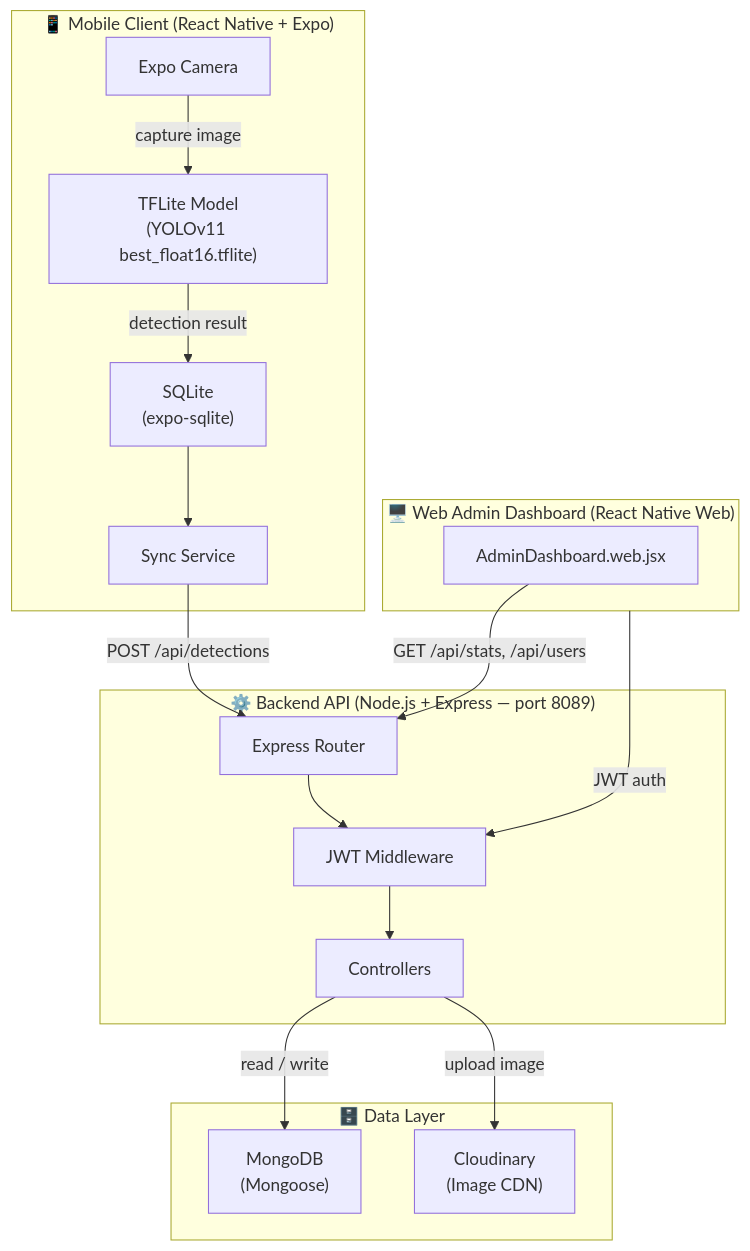
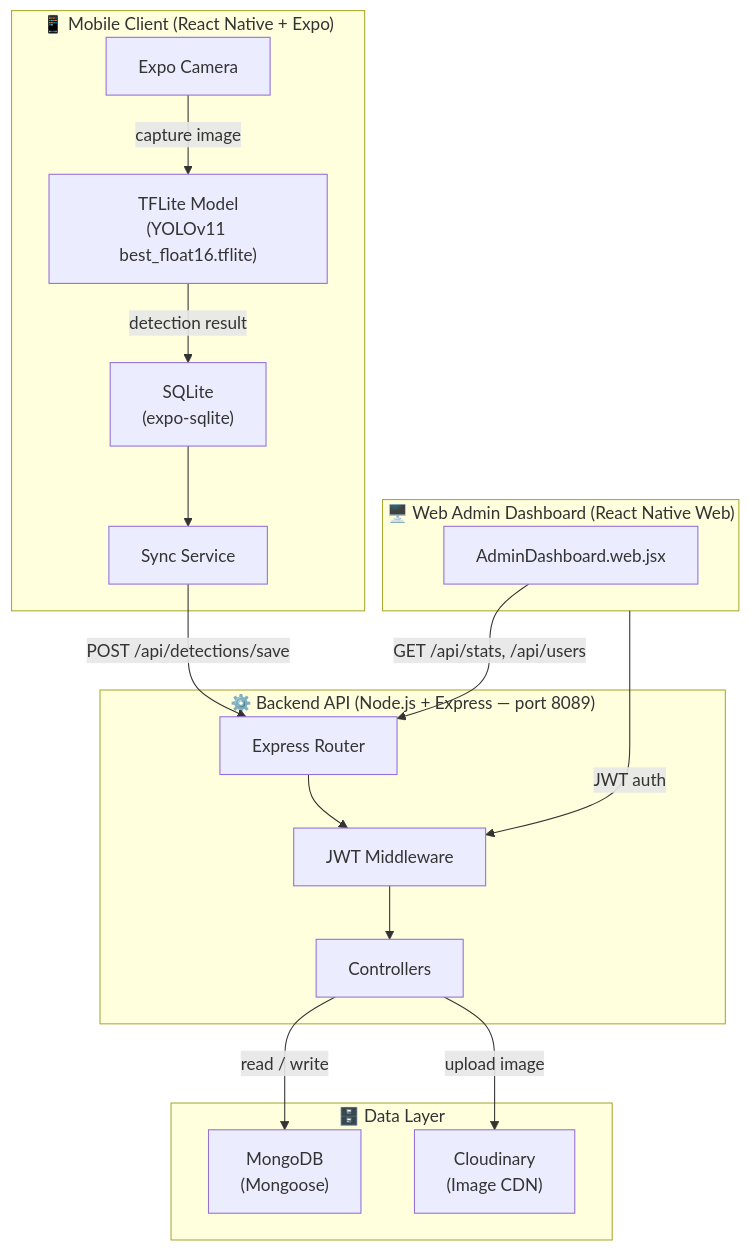
One commit to mintlify-atlas/docs-atlas-748b41a9 changed the diagram in architecture.mdx. Above: the diagram before and after it, drawn with Mermaid. The commit also changed other lines of this file and 25 other files, not shown here.

````diff
--- a/architecture.mdx
+++ b/architecture.mdx
@@ -11,35 +11,35 @@
 ```mermaid
 graph TD
     subgraph Client ["📱 Mobile Client (React Native + Expo)"]
         CAM["Expo Camera"]
         TFL["TFLite Model\n(YOLOv11 best_float16.tflite)"]
         SQ["SQLite\n(expo-sqlite)"]
         SYNC["Sync Service"]
     end
 
     subgraph WebAdmin ["🖥️ Web Admin Dashboard (React Native Web)"]
         ADMIN["AdminDashboard.web.jsx"]
     end
 
     subgraph Backend ["⚙️ Backend API (Node.js + Express — port 8089)"]
         API["Express Router"]
         AUTH["JWT Middleware"]
         CTRL["Controllers"]
         API --> AUTH --> CTRL
     end
 
     subgraph DataLayer ["🗄️ Data Layer"]
         MONGO["MongoDB\n(Mongoose)"]
         CDN["Cloudinary\n(Image CDN)"]
     end
 
     CAM -->|"capture image"| TFL
     TFL -->|"detection result"| SQ
     SQ --> SYNC
-    SYNC -->|"POST /api/detections"| API
+    SYNC -->|"POST /api/detections/save"| API
     CTRL -->|"read / write"| MONGO
     CTRL -->|"upload image"| CDN
 
     ADMIN -->|"GET /api/stats, /api/users"| API
     WebAdmin -->|"JWT auth"| AUTH
 ```
````
